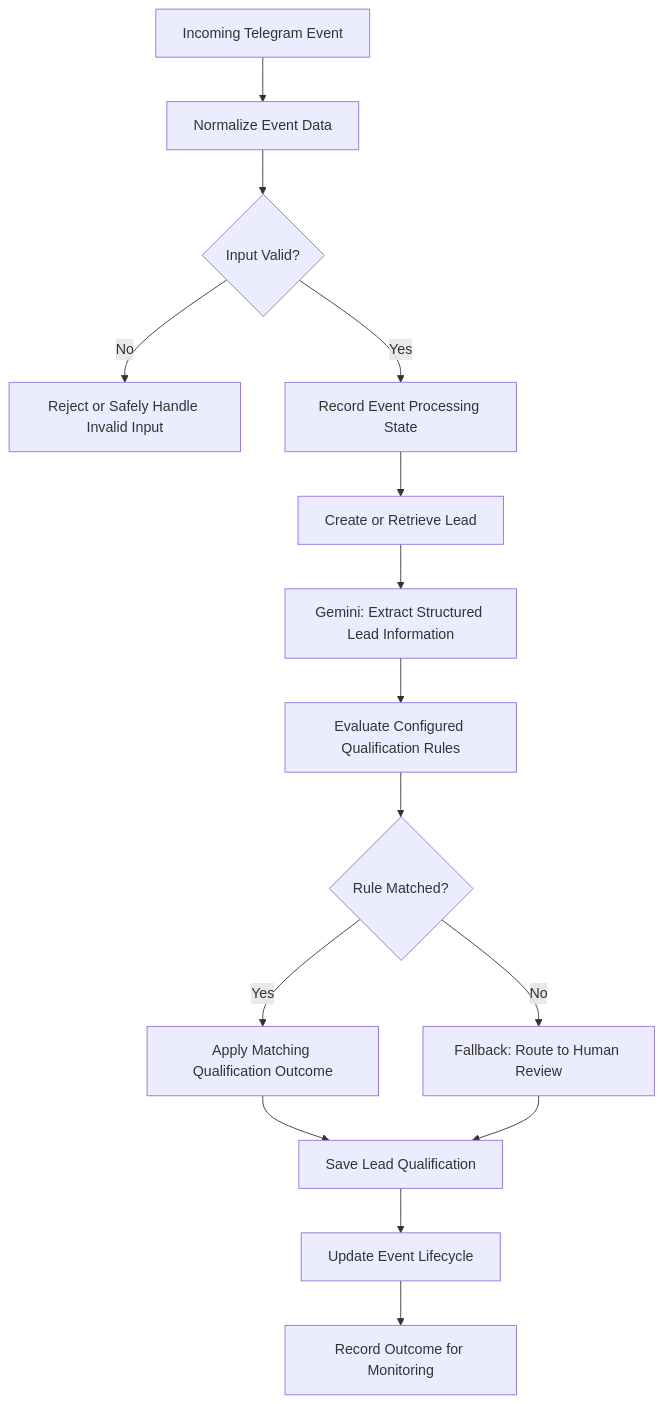
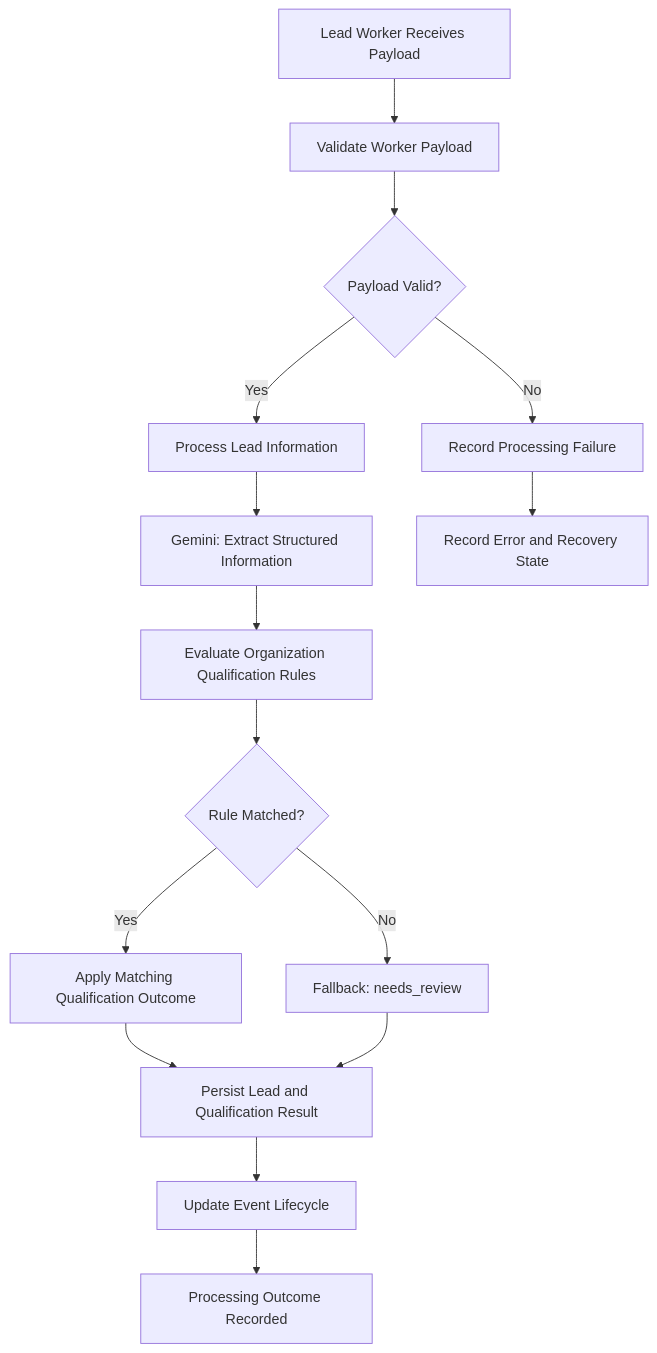
Before and after one commit to felixbix/ai-automation-portfolio: the second of 3 diagrams in projects/cendara/architecture.md, drawn with Mermaid. The commit also changed other lines of this file, not shown here.

First line of the commit message:
Revise architecture.md for clarity and detail

````diff
--- a/projects/cendara/architecture.md
+++ b/projects/cendara/architecture.md
@@ -11,22 +52,24 @@
 ```mermaid
 flowchart TD
-    A["Incoming Telegram Event"] --> B["Normalize Event Data"]
-    B --> C{"Input Valid?"}
+    A["Lead Worker Receives Payload"] --> B["Validate Worker Payload"]
+    B --> C{"Payload Valid?"}
 
-    C -->|No| D["Reject or Safely Handle Invalid Input"]
-    C -->|Yes| E["Record Event Processing State"]
+    C -->|No| D["Record Processing Failure"]
+    C -->|Yes| E["Process Lead Information"]
 
-    E --> F["Create or Retrieve Lead"]
-    F --> G["Gemini: Extract Structured Lead Information"]
-    G --> H["Evaluate Configured Qualification Rules"]
+    E --> F["Gemini: Extract Structured Information"]
+    F --> G["Evaluate Organization Qualification Rules"]
 
-    H --> I{"Rule Matched?"}
-    I -->|Yes| J["Apply Matching Qualification Outcome"]
-    I -->|No| K["Fallback: Route to Human Review"]
+    G --> H{"Rule Matched?"}
 
-    J --> L["Save Lead Qualification"]
-    K --> L
+    H -->|Yes| I["Apply Matching Qualification Outcome"]
+    H -->|No| J["Fallback: needs_review"]
 
-    L --> M["Update Event Lifecycle"]
-    M --> N["Record Outcome for Monitoring"]
+    I --> K["Persist Lead and Qualification Result"]
+    J --> K
+
+    K --> L["Update Event Lifecycle"]
+    L --> M["Processing Outcome Recorded"]
+
+    D --> N["Record Error and Recovery State"]
 ```
````
